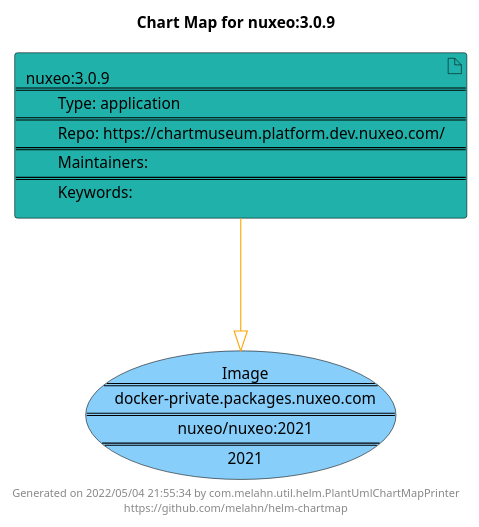
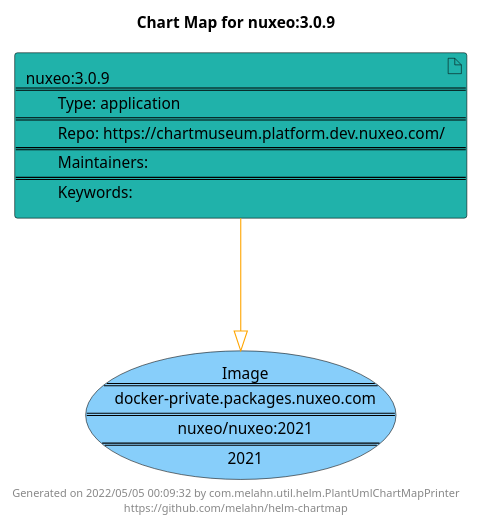
Before and after one commit to melahn/helm-chartmap: the diagram in docs/nuxeo/nuxeo-3.0.3.puml, drawn with PlantUML. The commit also changed 62 other files, not shown here.

Commit message:
Update Example Chart Maps as part of GitHub build

```diff
--- a/docs/nuxeo/nuxeo-3.0.3.puml
+++ b/docs/nuxeo/nuxeo-3.0.3.puml
@@ -1,21 +1,21 @@
 @startuml
 skinparam linetype ortho
 skinparam backgroundColor white
 skinparam usecaseBorderColor black
 skinparam usecaseArrowColor LightSlateGray
 skinparam artifactBorderColor black
 skinparam artifactArrowColor LightSlateGray
 
 title Chart Map for nuxeo:3.0.9
 
 'There is one referenced Helm Chart
 artifact "nuxeo:3.0.9\n====\n\tType: application\n====\n\tRepo: https://chartmuseum.platform.dev.nuxeo.com/\n====\n\tMaintainers: \n====\n\tKeywords: " as nuxeo_3_0_9 #LightSeaGreen
 
 'There is one referenced Docker Image
 usecase "Image\n====\ndocker-private.packages.nuxeo.com\n====\nnuxeo/nuxeo:2021\n====\n2021" as docker_private_packages_nuxeo_com_nuxeo_nuxeo_2021 #LightSkyBlue
 
 'Chart Dependencies
 nuxeo_3_0_9--[#orange]-|>docker_private_packages_nuxeo_com_nuxeo_nuxeo_2021
 
-center footer Generated on 2022/05/04 21:55:34 by com.melahn.util.helm.PlantUmlChartMapPrinter\nhttps://github.com/melahn/helm-chartmap
+center footer Generated on 2022/05/05 00:09:32 by com.melahn.util.helm.PlantUmlChartMapPrinter\nhttps://github.com/melahn/helm-chartmap
 @enduml
```
